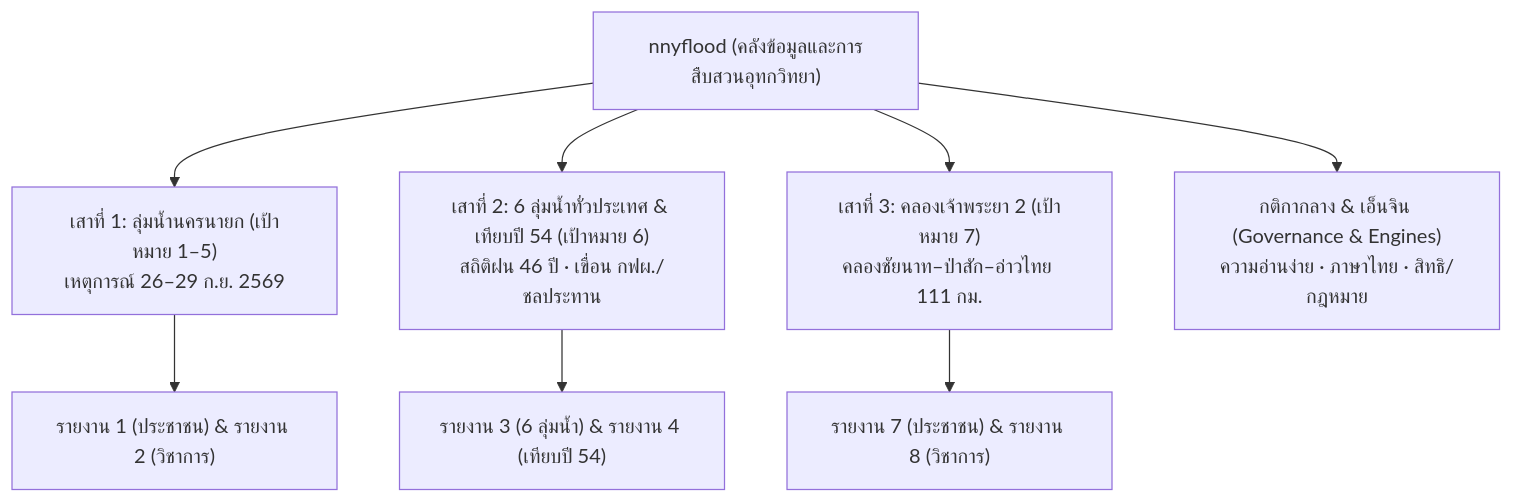
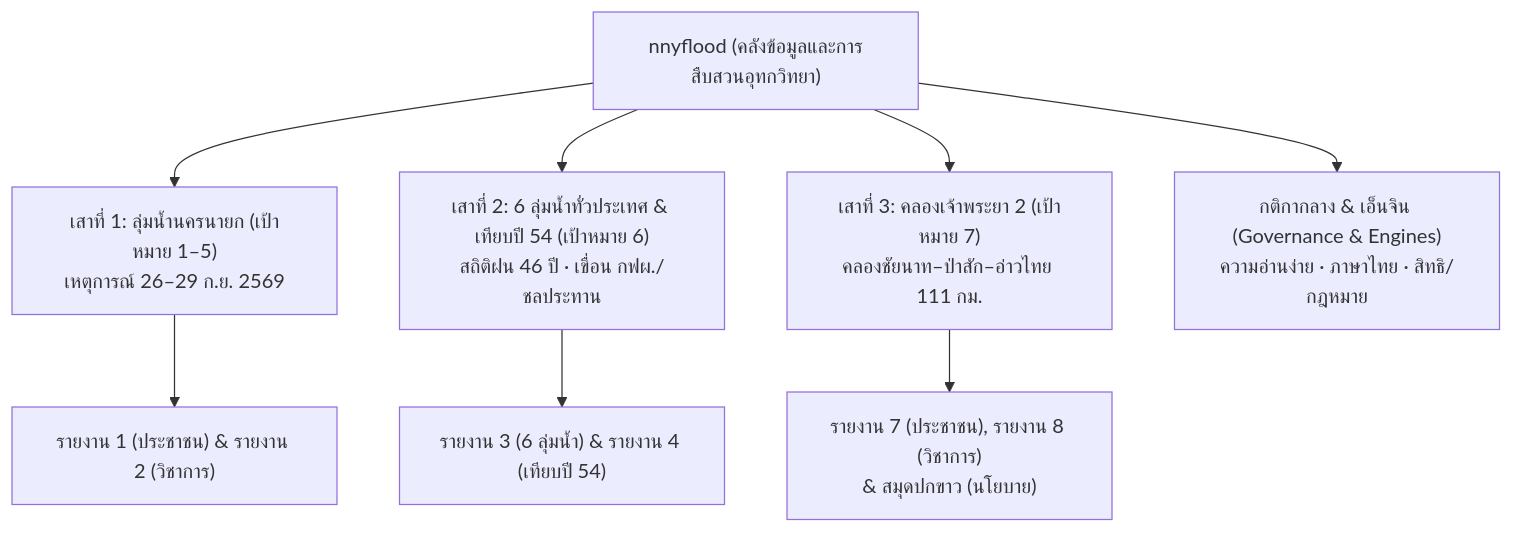
One commit to tkittich/nnyflood changed the diagram in docs/PROJECT_MAP.md. Above: the diagram before and after it, drawn with Mermaid. The commit also changed other lines of this file and 22 other files, not shown here.

````diff
--- a/docs/PROJECT_MAP.md
+++ b/docs/PROJECT_MAP.md
@@ -10,11 +10,11 @@
 ```mermaid
 graph TD
     Repo["nnyflood (คลังข้อมูลและการสืบสวนอุทกวิทยา)"] --> P1["เสาที่ 1: ลุ่มน้ำนครนายก (เป้าหมาย 1–5)<br>เหตุการณ์ 26–29 ก.ย. 2569"]
     Repo --> P2["เสาที่ 2: 6 ลุ่มน้ำทั่วประเทศ & เทียบปี 54 (เป้าหมาย 6)<br>สถิติฝน 46 ปี · เขื่อน กฟผ./ชลประทาน"]
     Repo --> P3["เสาที่ 3: คลองเจ้าพระยา 2 (เป้าหมาย 7)<br>คลองชัยนาท–ป่าสัก–อ่าวไทย 111 กม."]
     Repo --> Gov["กติกากลาง & เอ็นจิน (Governance & Engines)<br>ความอ่านง่าย · ภาษาไทย · สิทธิ/กฎหมาย"]
 
     P1 --> R1["รายงาน 1 (ประชาชน) & รายงาน 2 (วิชาการ)"]
     P2 --> R2["รายงาน 3 (6 ลุ่มน้ำ) & รายงาน 4 (เทียบปี 54)"]
-    P3 --> R3["รายงาน 7 (ประชาชน) & รายงาน 8 (วิชาการ)"]
+    P3 --> R3["รายงาน 7 (ประชาชน), รายงาน 8 (วิชาการ)<br>& สมุดปกขาว (นโยบาย)"]
 ```
````
